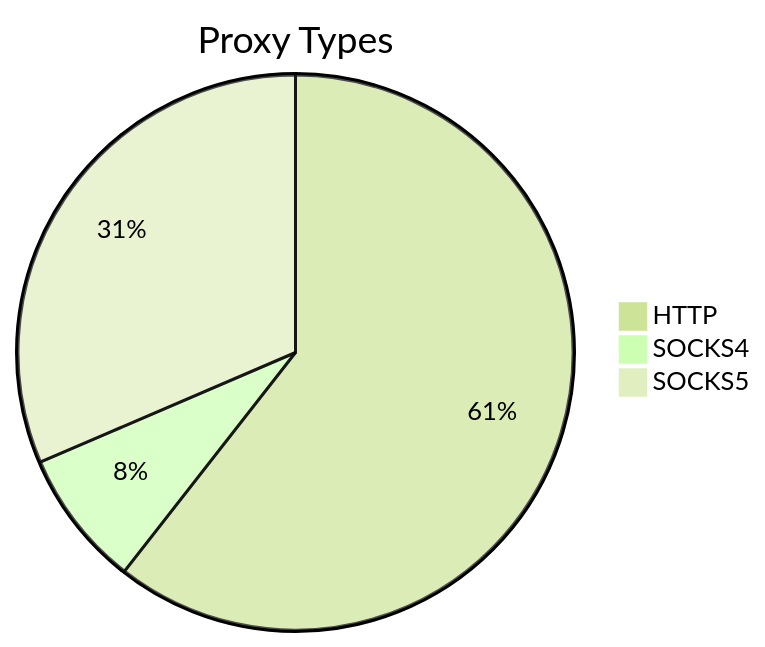
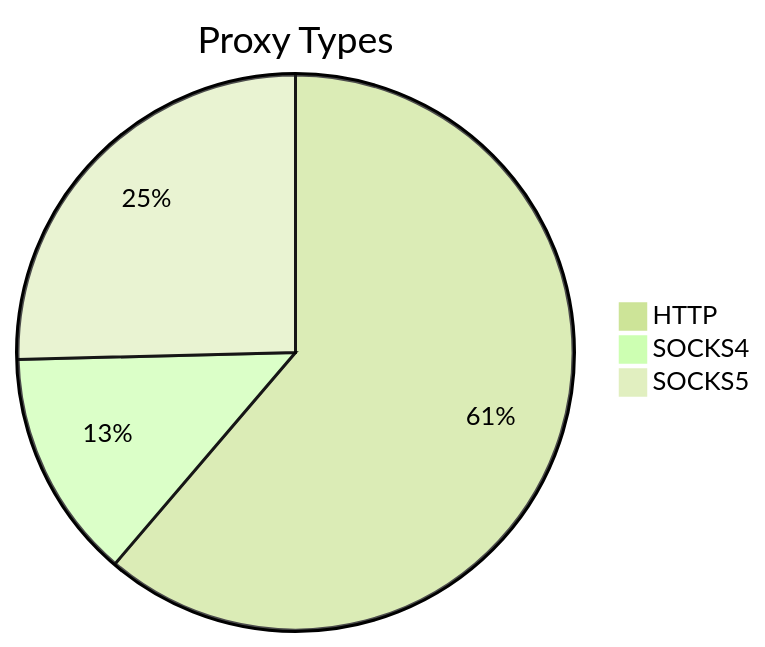
One commit to stormsia/proxy-list changed the first of 2 diagrams in README.md. Above: the diagram before and after it, drawn with Mermaid (forest theme). The commit also changed other lines of this file, not shown here.

````diff
--- a/README.md
+++ b/README.md
@@ -21,6 +21,6 @@
 ```mermaid
 pie title Proxy Types
-    "HTTP" : 258
-    "SOCKS4" : 34
-    "SOCKS5" : 134
+    "HTTP" : 422
+    "SOCKS4" : 92
+    "SOCKS5" : 175
 ```
````
